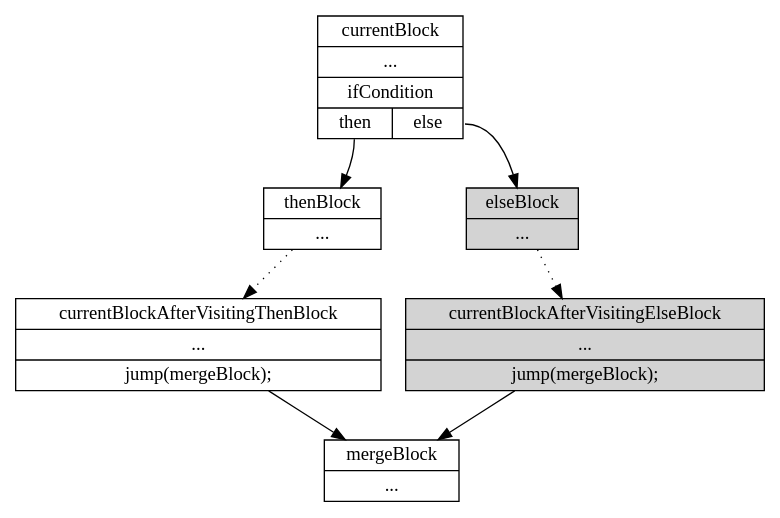
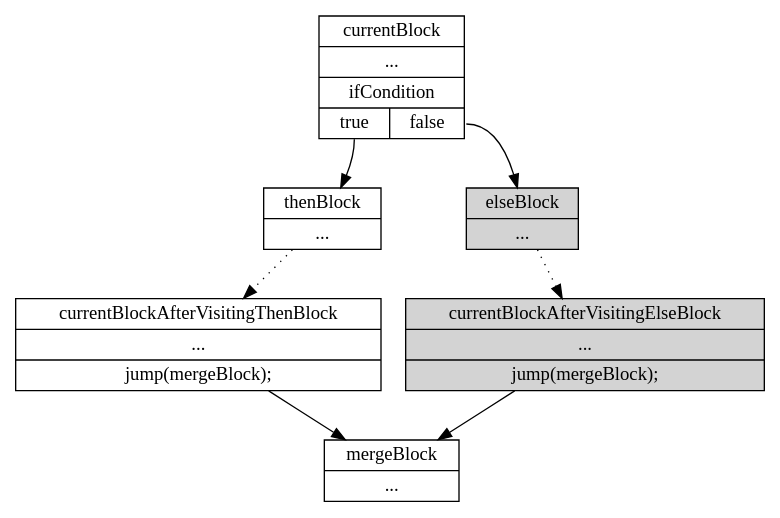
The diagram in templates-master/theses/diploma/src/graph/if.dot (andreisilviudragnea/remove-recursion-inspection), drawn with Graphviz before and after one commit. The commit also changed 8 other files, not shown here.

```diff
--- a/templates-master/theses/diploma/src/graph/if.dot
+++ b/templates-master/theses/diploma/src/graph/if.dot
@@ -1,16 +1,16 @@
 digraph G {
 	node [shape=record];
 	elseBlock, currentBlockAfterVisitingElseBlock [style=filled,color=black,fillcolor=lightgrey];
-	currentBlock [label="{currentBlock|...|ifCondition|{<true>then|<false>else}}"];
+	currentBlock [label="{currentBlock|...|ifCondition|{<true>true|<false>false}}"];
 	thenBlock [label="{thenBlock|...}"];
 	elseBlock [label="{elseBlock|...}"];
 	currentBlockAfterVisitingThenBlock [label="{currentBlockAfterVisitingThenBlock|...|jump(mergeBlock);}"];
 	currentBlockAfterVisitingElseBlock [label="{currentBlockAfterVisitingElseBlock|...|jump(mergeBlock);}"];
 	mergeBlock [label="{mergeBlock|...}"];
 	currentBlock:true -> thenBlock;
 	currentBlock:false -> elseBlock;
 	thenBlock -> currentBlockAfterVisitingThenBlock [style=dotted];
 	elseBlock -> currentBlockAfterVisitingElseBlock [style=dotted];
 	currentBlockAfterVisitingThenBlock -> mergeBlock;
 	currentBlockAfterVisitingElseBlock -> mergeBlock;
 }
```
